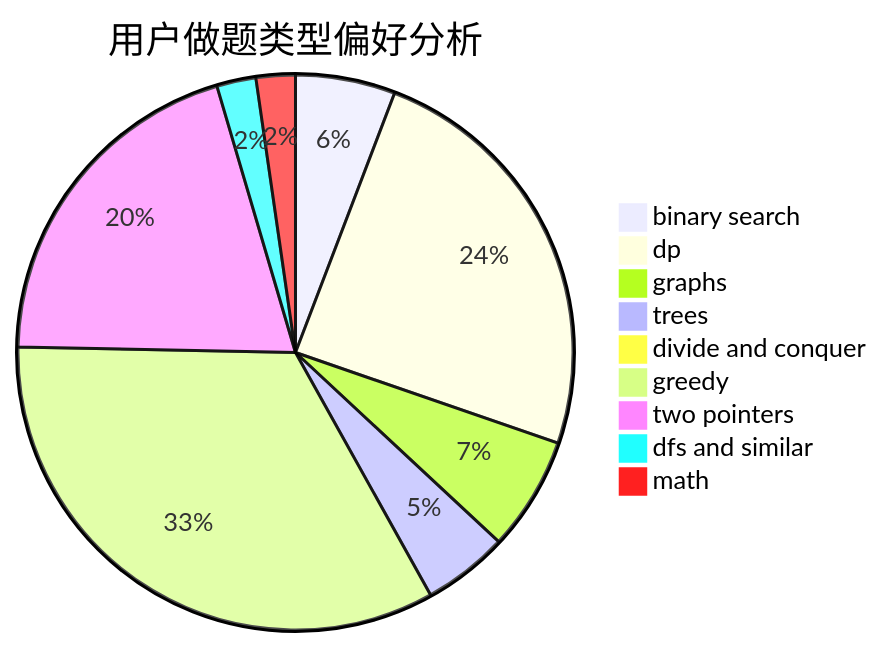
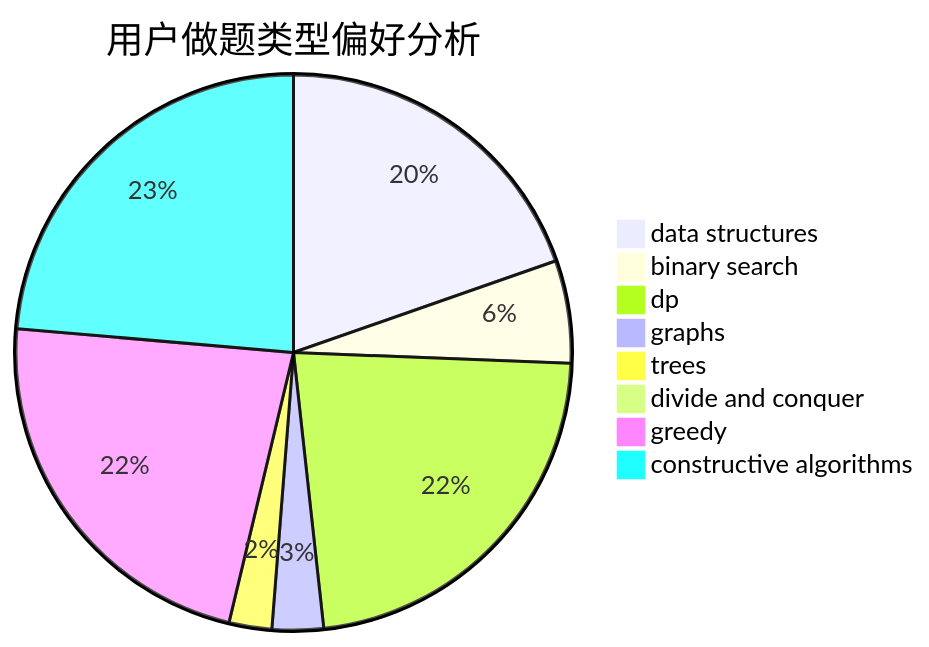
Before and after one commit to sherpahu/cfrs.github.io: the second of 3 diagrams in docs/user/u189.md, drawn with Mermaid. The commit also changed other lines of this file and 2775 other files, not shown here.

````diff
--- a/docs/user/u189.md
+++ b/docs/user/u189.md
@@ -23,12 +23,11 @@
 ```mermaid
 pie title 用户做题类型偏好分析
-    "binary search" :  28
-    "dp" :  118
-    "graphs" :  32
-    "trees" :  24
+    "data structures" :  79
+    "binary search" :  24
+    "dp" :  91
+    "graphs" :  12
+    "trees" :  10
     "divide and conquer" :  3
-    "greedy" :  161
-    "two pointers" :  97
-    "dfs and similar" :  11
-    "math" :  11
+    "greedy" :  91
+    "constructive algorithms" :  95
 ```
````
